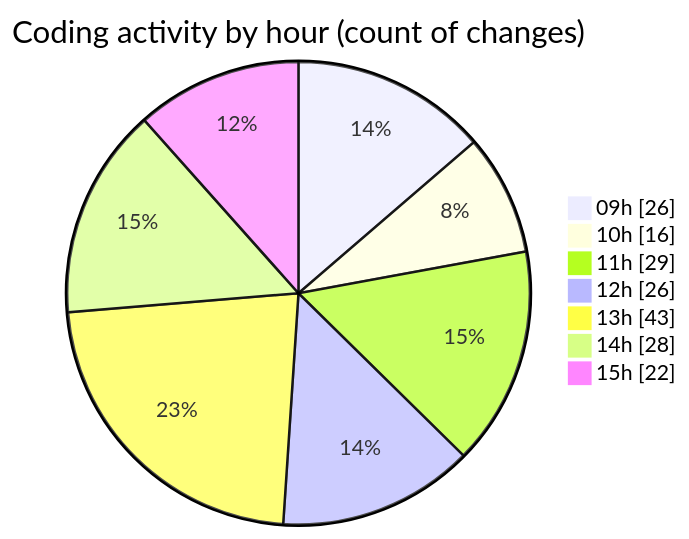
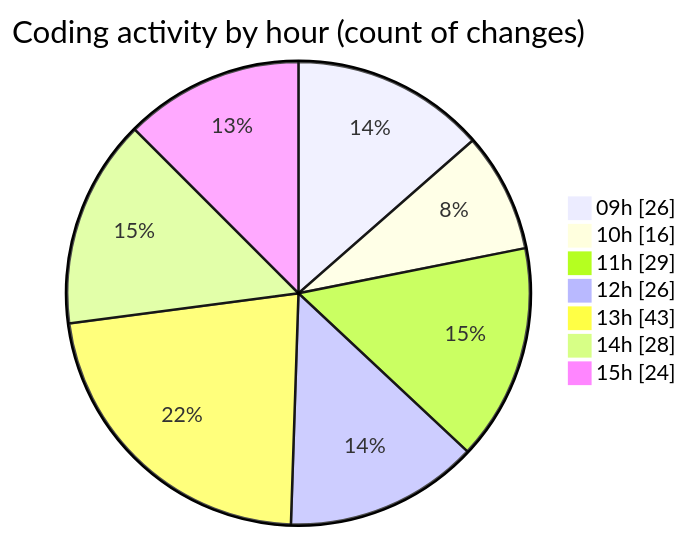
One commit to momahboobian/code-tracking changed the second of 2 diagrams in 2025-11-17/cda/README.md. Above: the diagram before and after it, drawn with Mermaid. The commit also changed other lines of this file and 1 other file, not shown here.

````diff
--- a/2025-11-17/cda/README.md
+++ b/2025-11-17/cda/README.md
@@ -41,11 +41,11 @@
 ```mermaid
 pie showData
 title Coding activity by hour (count of changes)
 "09h" : 26
 "10h" : 16
 "11h" : 29
 "12h" : 26
 "13h" : 43
 "14h" : 28
-"15h" : 22
+"15h" : 24
 ```
````
